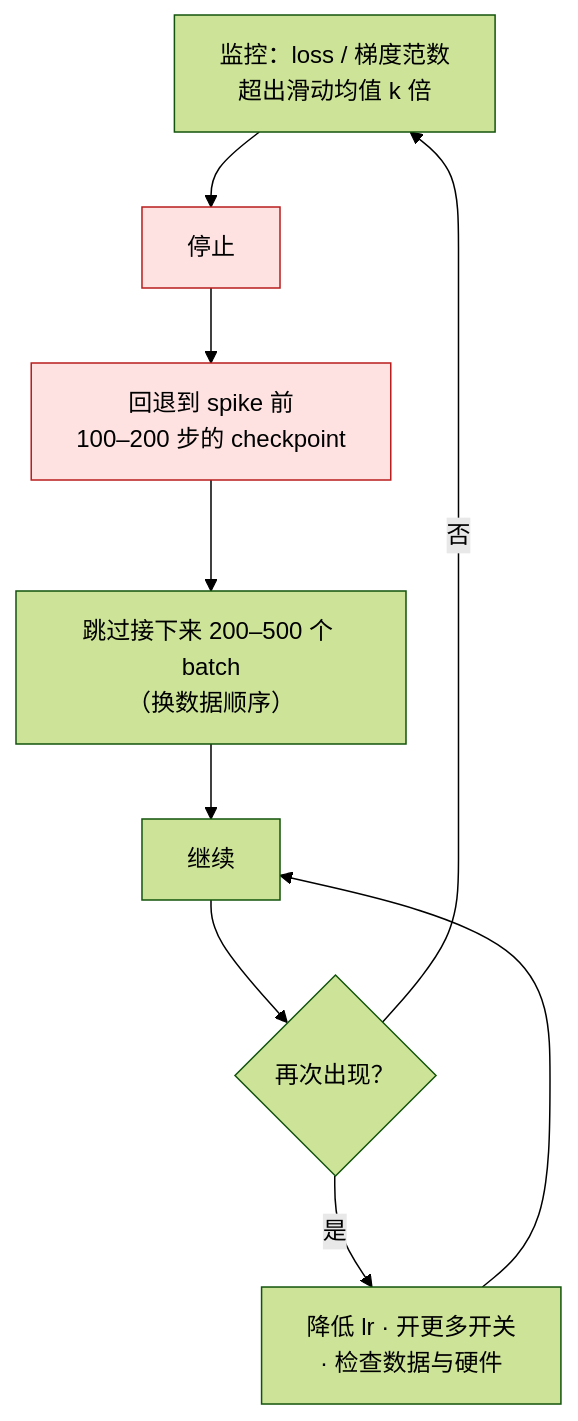
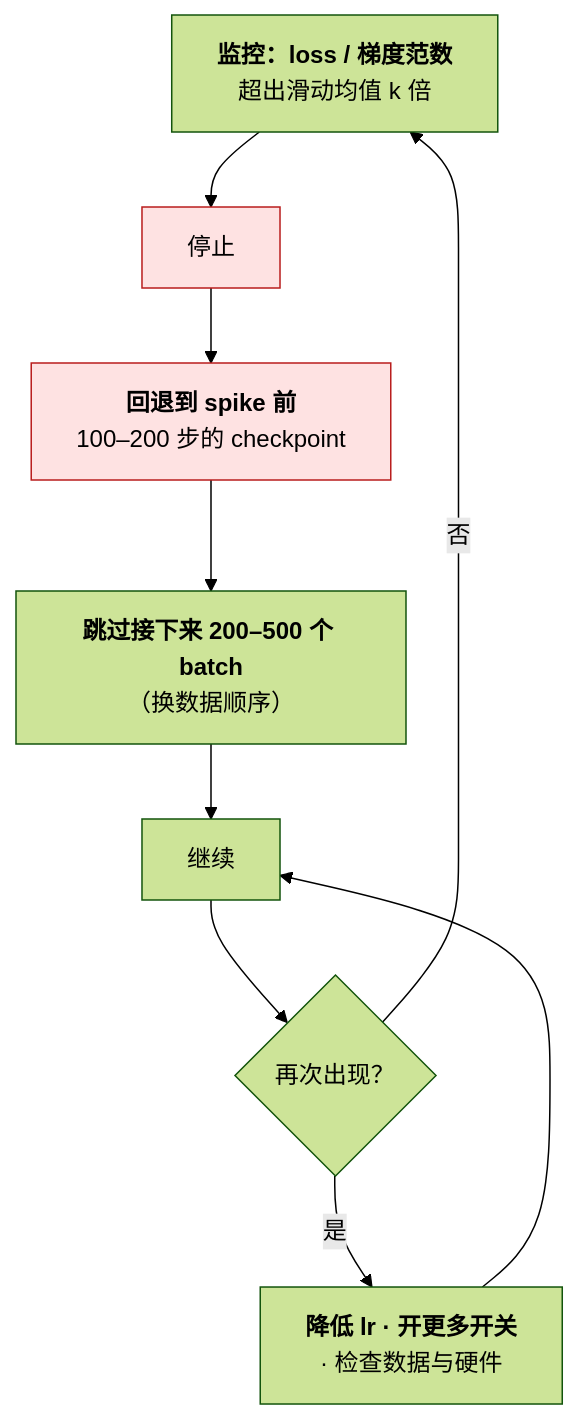
One commit to arganzheng/arganzheng.github.com changed the diagram in _posts/2026-04-13-pretraining-recipe-and-training-stability.md. Above: the diagram before and after it, drawn with Mermaid (forest theme). The commit also changed 5 other files, not shown here.

First line of the commit message:
预训练：从 tokenizer 到训练配方：Mermaid 多行方框的首行标为标题（6 篇）

````diff
--- a/_posts/2026-04-13-pretraining-recipe-and-training-stability.md
+++ b/_posts/2026-04-13-pretraining-recipe-and-training-stability.md
@@ -384,15 +384,15 @@
 ```mermaid
 %% 图：loss spike 发生后的处理流程：停止、回退 checkpoint、跳过一段 batch、继续，再犯则降 lr 开更多开关
 flowchart TB
-    M["监控：loss / 梯度范数<br/>超出滑动均值 k 倍"] --> S["停止"]
-    S --> R["回退到 spike 前<br/>100–200 步的 checkpoint"]
-    R --> K["跳过接下来 200–500 个 batch<br/>（换数据顺序）"]
+    M["<b>监控：loss / 梯度范数</b><br/>超出滑动均值 k 倍"] --> S["停止"]
+    S --> R["<b>回退到 spike 前</b><br/>100–200 步的 checkpoint"]
+    R --> K["<b>跳过接下来 200–500 个 batch</b><br/>（换数据顺序）"]
     K --> C["继续"]
     C --> Q{"再次出现？"}
     Q -- 否 --> M
-    Q -- 是 --> L["降低 lr · 开更多开关<br/>· 检查数据与硬件"]
+    Q -- 是 --> L["<b>降低 lr · 开更多开关</b><br/>· 检查数据与硬件"]
     L --> C
 
     classDef warn fill:#fee2e2,stroke:#b91c1c;
     class S,R warn;
 ```
````
